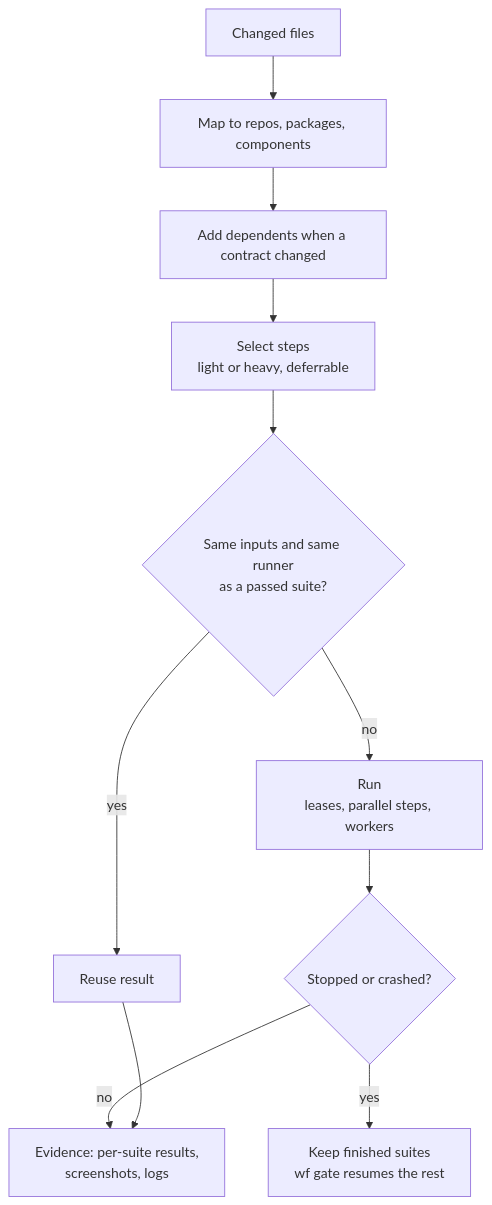
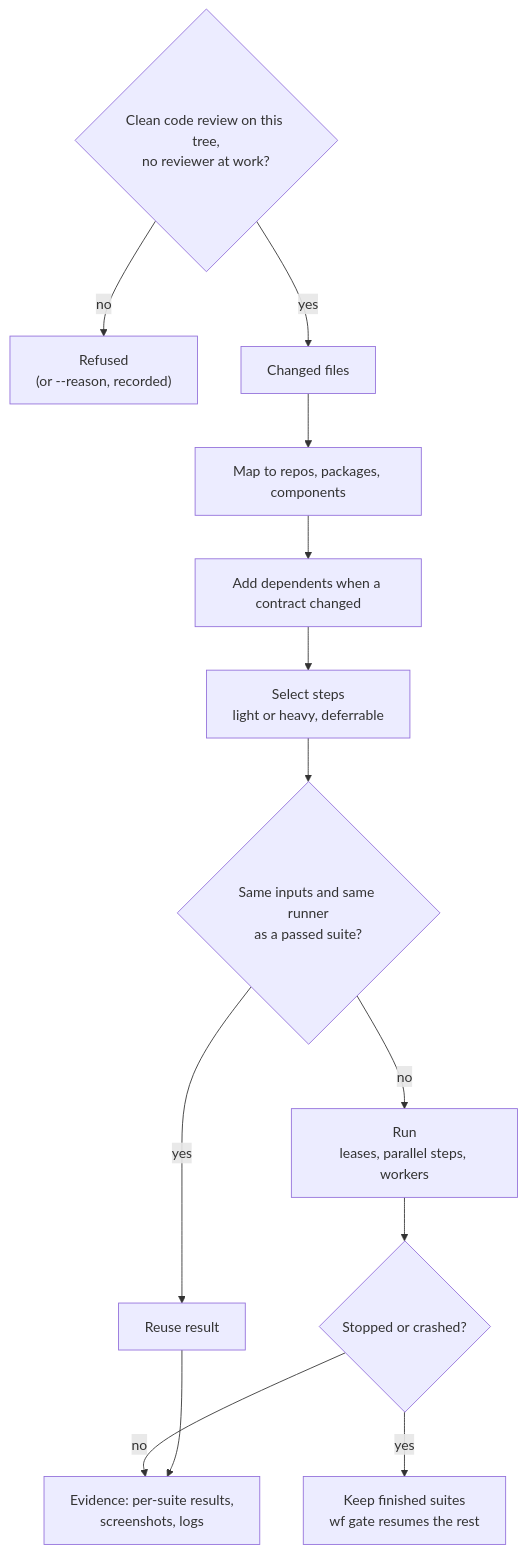
The diagram in docs/gate.md (o-m-a-r-k/agentic-workflow), drawn with Mermaid before and after one commit. The commit also changed other lines of this file and 51 other files, not shown here.

````diff
--- a/docs/gate.md
+++ b/docs/gate.md
@@ -5,13 +5,15 @@
 ```mermaid
 flowchart TD
+  ORD{"Clean code review on this tree,<br/>no reviewer at work?"} -- no --> REF["Refused<br/>(or --reason, recorded)"]
+  ORD -- yes --> CH
   CH["Changed files"] --> MAP["Map to repos, packages, components"]
   MAP --> IMPACT["Add dependents when a contract changed"]
   IMPACT --> SEL["Select steps<br/>light or heavy, deferrable"]
   SEL --> REUSE{"Same inputs and same runner<br/>as a passed suite?"}
   REUSE -- yes --> CARRY["Reuse result"]
   REUSE -- no --> RUN["Run<br/>leases, parallel steps, workers"]
   RUN --> STOP{"Stopped or crashed?"}
   STOP -- yes --> KEEP["Keep finished suites<br/>wf gate resumes the rest"]
   STOP -- no --> EV["Evidence: per-suite results,<br/>screenshots, logs"]
   CARRY --> EV
 ```
````
